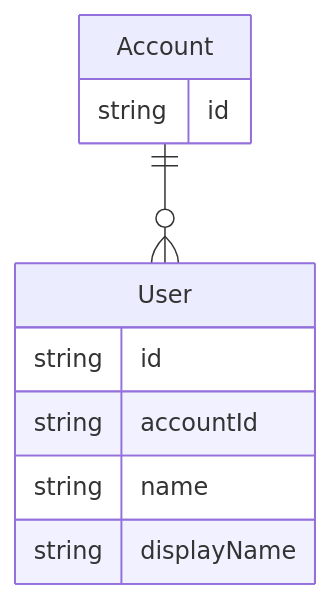
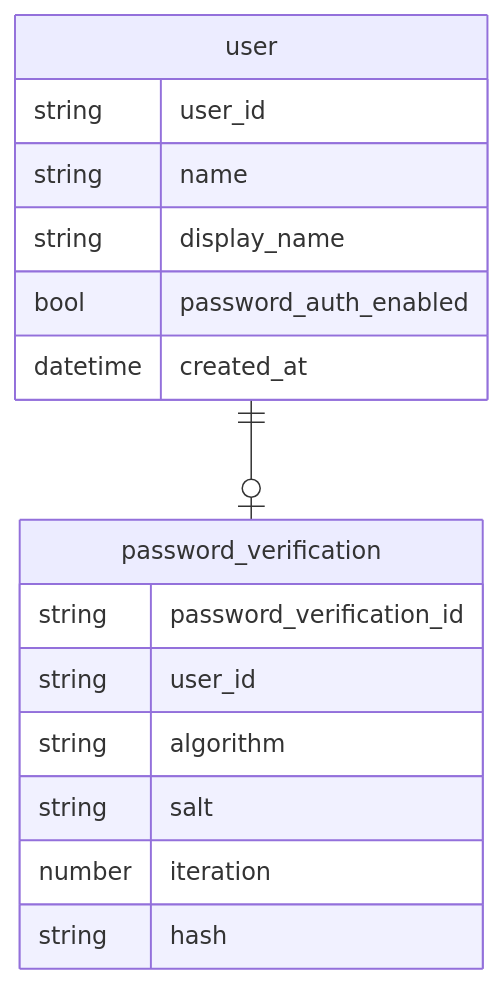
The fourth of 8 diagrams in backend/docs/db.md (frost-community/frost), drawn with Mermaid before and after one commit. The commit also changed other lines of this file, not shown here.

````diff
--- a/backend/docs/db.md
+++ b/backend/docs/db.md
@@ -78,15 +85,21 @@
 ```mermaid
 erDiagram
-  Account {
-    string id
+  user {
+    string user_id
+    string name
+    string display_name
+    bool password_auth_enabled
+    datetime created_at
   }
 
-  Account ||--o{ User : ""
+  user ||--o| password_verification : ""
 
-  User {
-    string id
-    string accountId
-    string name
-    string displayName
+  password_verification {
+    string password_verification_id
+    string user_id
+    string algorithm
+    string salt
+    number iteration
+    string hash
   }
 ```
````
